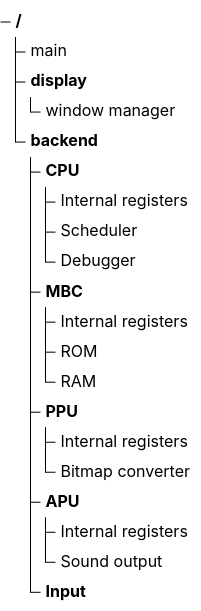
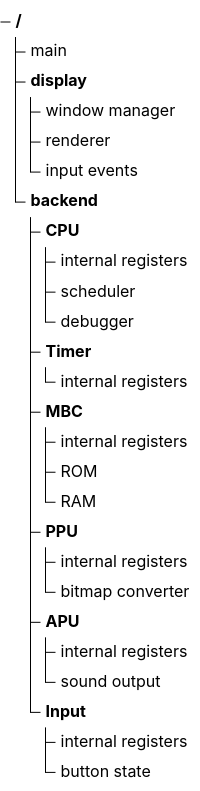
The diagram in docs/components.mmd (matthieugalvez/retro-emu), drawn with Mermaid before and after one commit. The commit also changed 20 other files, not shown here.

```diff
--- a/docs/components.mmd
+++ b/docs/components.mmd
@@ -1,21 +1,27 @@
 treeView-beta
 
 "main"
 "display/"
   "window manager"
+  "renderer"
+  "input events"
 "backend/"
   "CPU/"
-    "Internal registers"
-    "Scheduler"
-    "Debugger"
+    "internal registers"
+    "scheduler"
+    "debugger"
+  "Timer/"
+    "internal registers"
   "MBC/"
-    "Internal registers"
+    "internal registers"
     "ROM"
     "RAM"
   "PPU/"
-    "Internal registers"
-    "Bitmap converter"
+    "internal registers"
+    "bitmap converter"
   "APU/"
-    "Internal registers"
-    "Sound output"
+    "internal registers"
+    "sound output"
   "Input/"
+    "internal registers"
+    "button state"
```
